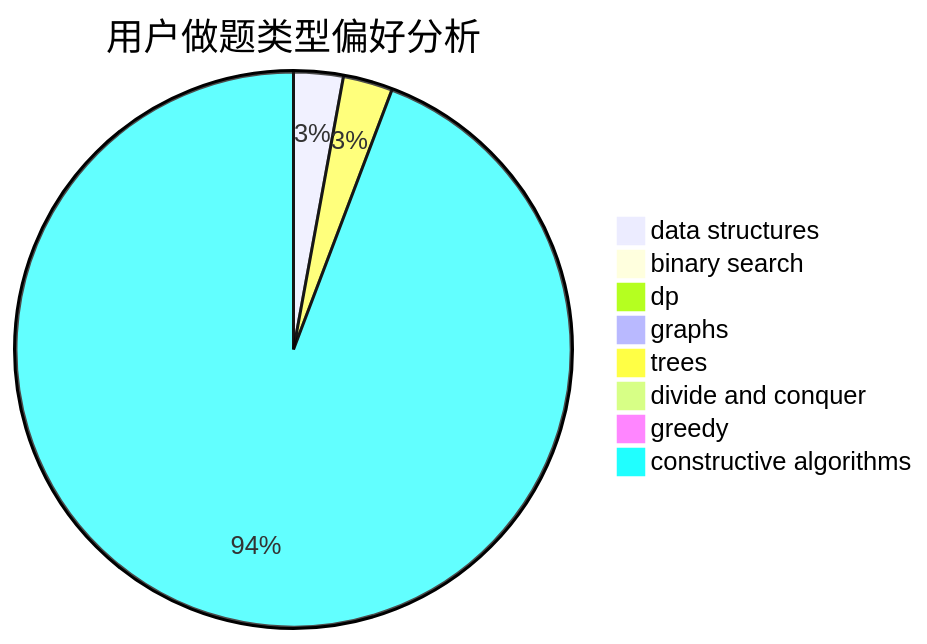
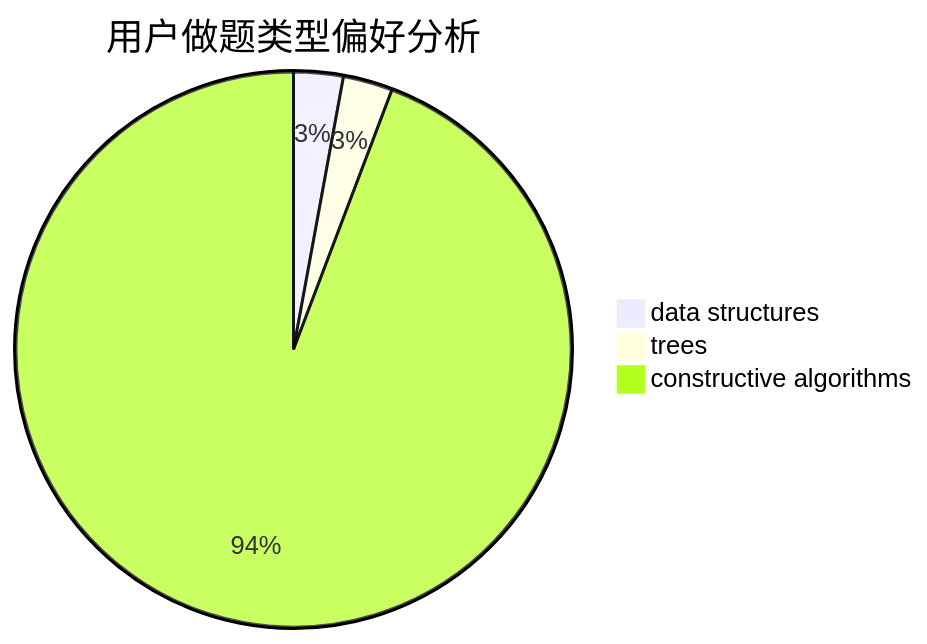
The second of 3 diagrams in docs/user/u269.md (sherpahu/cfrs.github.io), drawn with Mermaid before and after one commit. The commit also changed other lines of this file and 2770 other files, not shown here.

````diff
--- a/docs/user/u269.md
+++ b/docs/user/u269.md
@@ -18,11 +13,6 @@
 ```mermaid
 pie title 用户做题类型偏好分析
     "data structures" :  3
-    "binary search" :  0
-    "dp" :  0
-    "graphs" :  0
     "trees" :  3
-    "divide and conquer" :  0
-    "greedy" :  0
     "constructive algorithms" :  98
 ```
````
